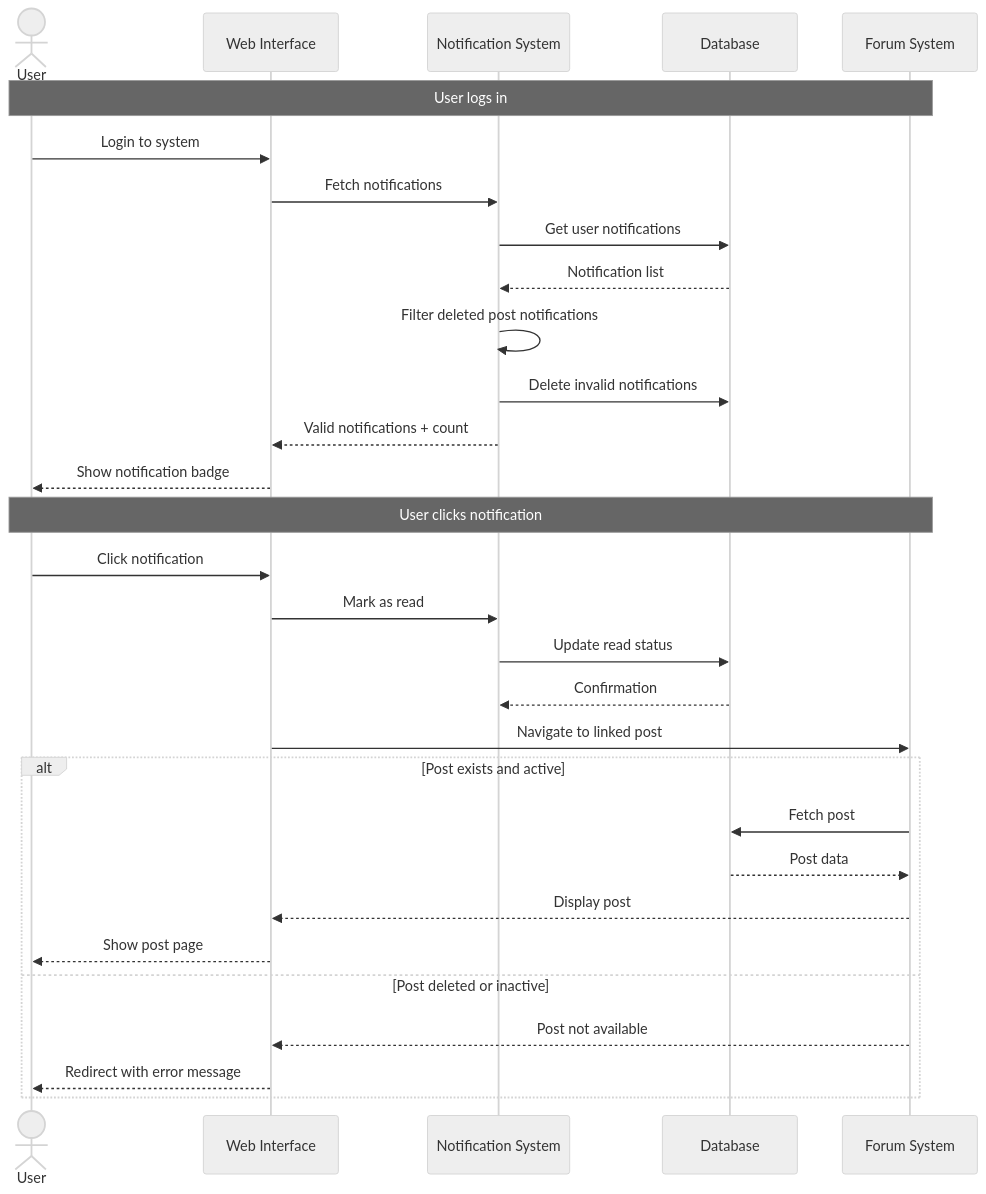
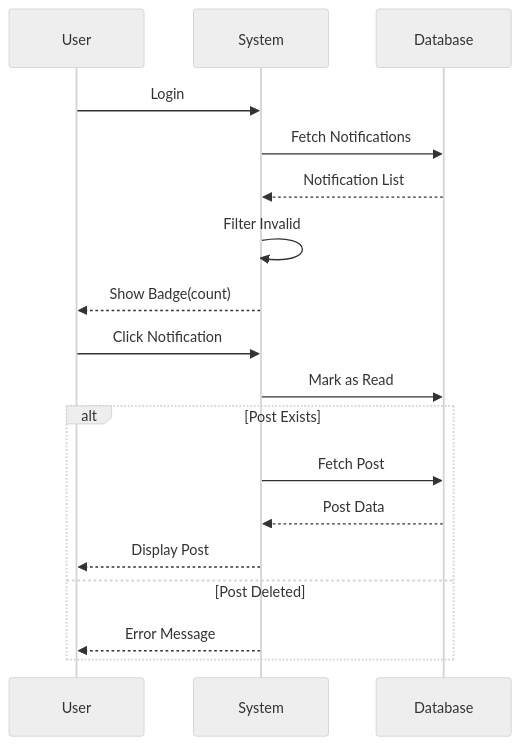
One commit to abdullah2323442/practice changed diagram 15 of 16 in system documentation.md. Above: the diagram before and after it, drawn with Mermaid (neutral theme). The commit also changed other lines of this file, not shown here.

First line of the commit message:
Revise system documentation with updated diagrams

````diff
--- a/system documentation.md
+++ b/system documentation.md
@@ -655,38 +618,23 @@
 ```mermaid
 sequenceDiagram
-    actor User
-    participant Web as Web Interface
-    participant Notif as Notification System
+    participant U as User
+    participant S as System
     participant DB as Database
-    participant Forum as Forum System
     
-    Note over User,Forum: User logs in
-    User->>Web: Login to system
-    Web->>Notif: Fetch notifications
-    Notif->>DB: Get user notifications
-    DB-->>Notif: Notification list
+    U->>S: Login
+    S->>DB: Fetch Notifications
+    DB-->>S: Notification List
+    S->>S: Filter Invalid
+    S-->>U: Show Badge(count)
     
-    Notif->>Notif: Filter deleted post notifications
-    Notif->>DB: Delete invalid notifications
+    U->>S: Click Notification
+    S->>DB: Mark as Read
     
-    Notif-->>Web: Valid notifications + count
-    Web-->>User: Show notification badge
-    
-    Note over User,Forum: User clicks notification
-    User->>Web: Click notification
-    Web->>Notif: Mark as read
-    Notif->>DB: Update read status
-    DB-->>Notif: Confirmation
-    
-    Web->>Forum: Navigate to linked post
-    
-    alt Post exists and active
-        Forum->>DB: Fetch post
-        DB-->>Forum: Post data
-        Forum-->>Web: Display post
-        Web-->>User: Show post page
-    else Post deleted or inactive
-        Forum-->>Web: Post not available
-        Web-->>User: Redirect with error message
+    alt Post Exists
+        S->>DB: Fetch Post
+        DB-->>S: Post Data
+        S-->>U: Display Post
+    else Post Deleted
+        S-->>U: Error Message
     end
 ```
````
